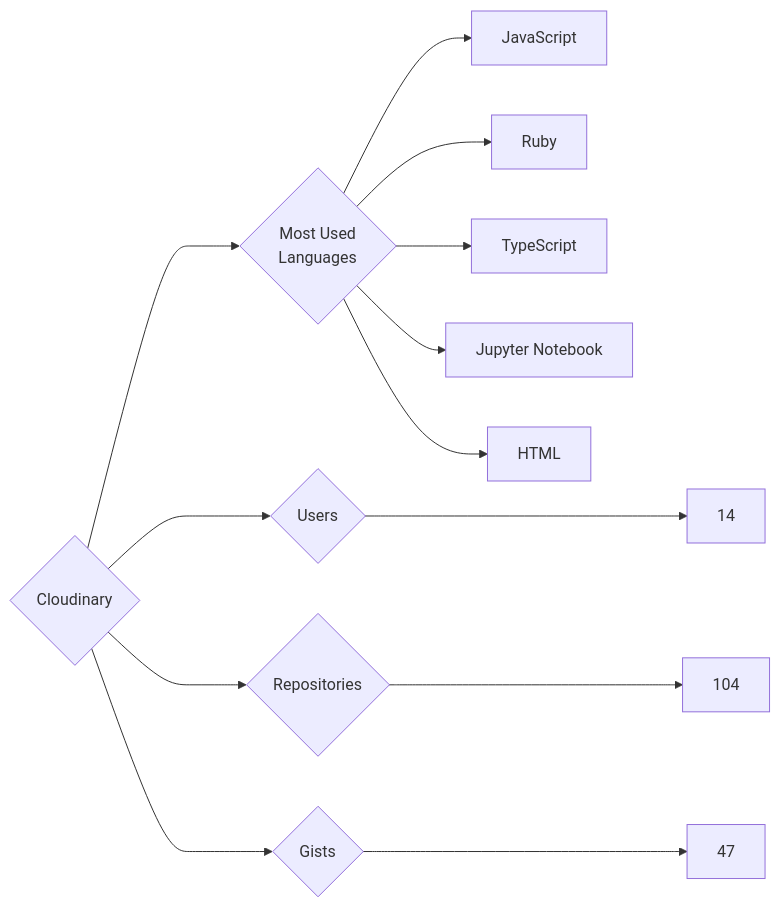
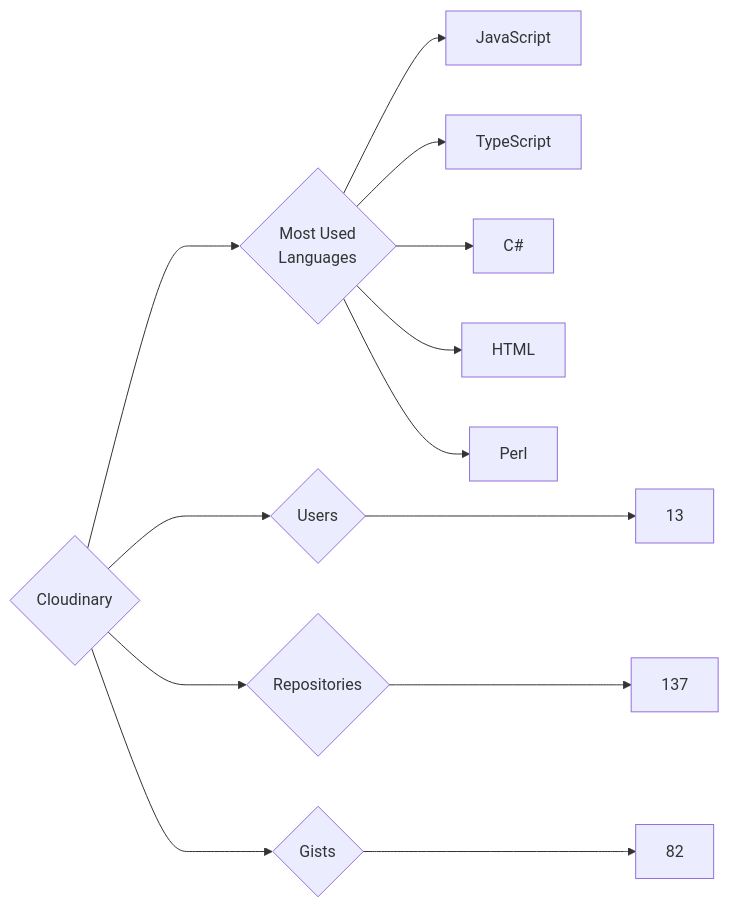
Before and after one commit to trickest/insiders: the diagram in targets/Cloudinary/README.md, drawn with Mermaid. The commit also changed 837 other files, not shown here.

````diff
--- a/targets/Cloudinary/README.md
+++ b/targets/Cloudinary/README.md
@@ -3,13 +3,13 @@
 ```mermaid
 graph LR
 COMPANY_NAME{Cloudinary}
-COMPANY_NAME ---> U{Users} ---> UN[14]
-COMPANY_NAME ---> R{Repositories} ---> RN[104]
-COMPANY_NAME ---> G{Gists} ---> GN[47]
+COMPANY_NAME ---> U{Users} ---> UN[13]
+COMPANY_NAME ---> R{Repositories} ---> RN[137]
+COMPANY_NAME ---> G{Gists} ---> GN[82]
 COMPANY_NAME ---> ML{Most Used<br>Languages}
 ML --> JavaScript[JavaScript]
-ML --> Ruby[Ruby]
 ML --> TypeScript[TypeScript]
-ML --> Jupyter_Notebook[Jupyter Notebook]
+ML --> C#[C#]
 ML --> HTML[HTML]
+ML --> Perl[Perl]
 ```
````
